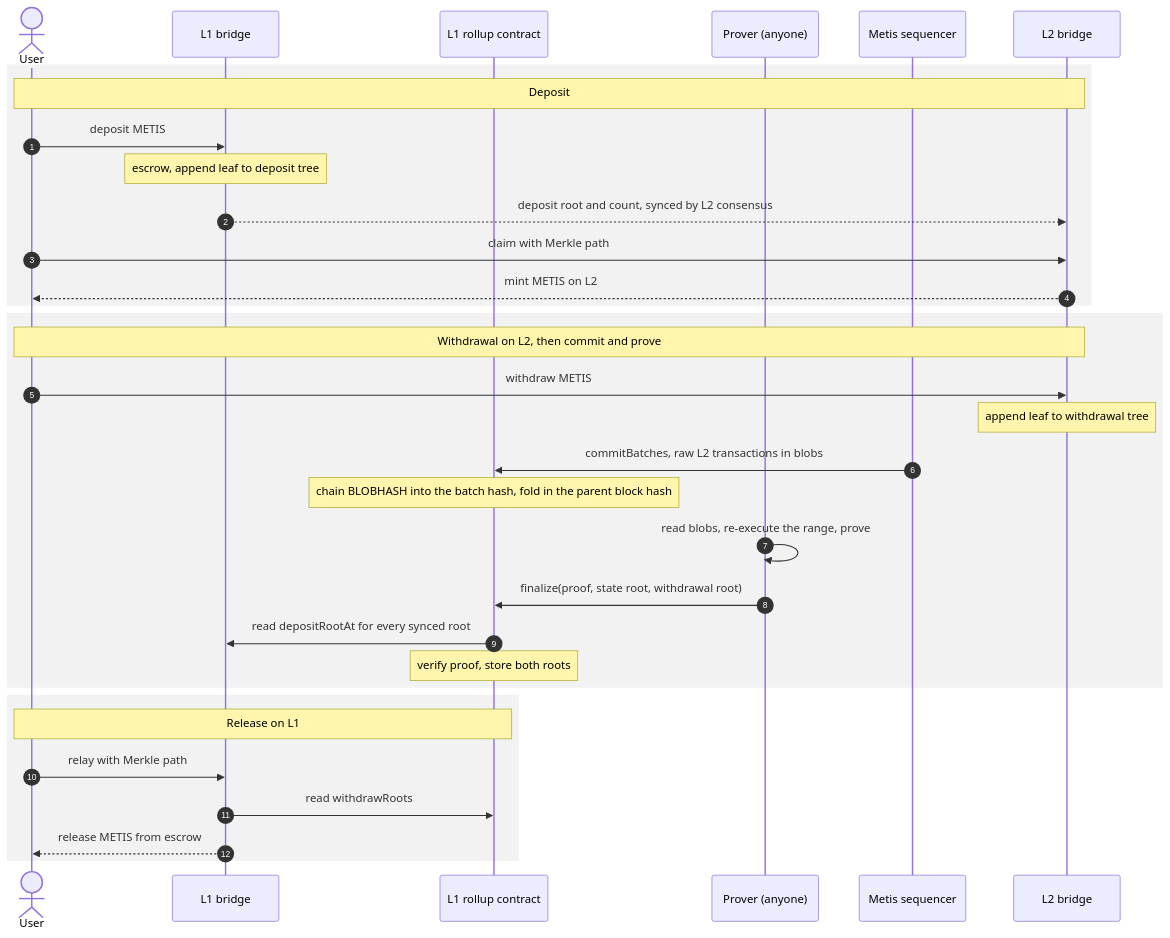
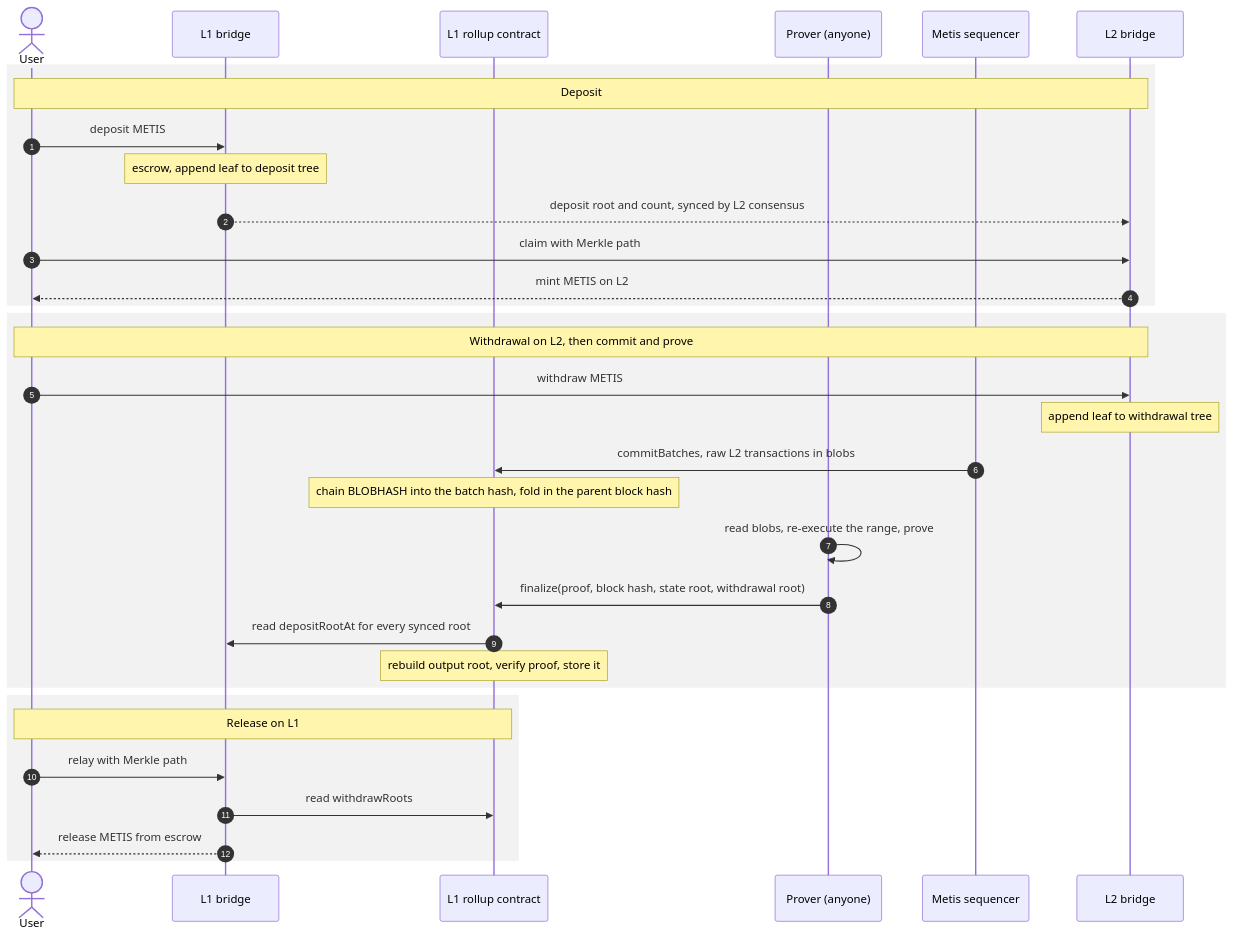
Before and after one commit to ProjectZKM/OPSuccinct: the diagram in docs/bridge.md, drawn with Mermaid. The commit also changed other lines of this file, not shown here.

First line of the commit message:
docs(bridge): anchor finalized state with an output root

````diff
--- a/docs/bridge.md
+++ b/docs/bridge.md
@@ -20,38 +21,38 @@
 ```mermaid
 sequenceDiagram
     autonumber
     actor U as User
     participant B1 as L1 bridge
     participant R as L1 rollup contract
     participant P as Prover (anyone)
     participant S as Metis sequencer
     participant B2 as L2 bridge
 
     rect rgba(127, 127, 127, 0.1)
     Note over U,B2: Deposit
     U->>B1: deposit METIS
     Note over B1: escrow, append leaf to deposit tree
     B1-->>B2: deposit root and count, synced by L2 consensus
     U->>B2: claim with Merkle path
     B2-->>U: mint METIS on L2
     end
 
     rect rgba(127, 127, 127, 0.1)
     Note over U,B2: Withdrawal on L2, then commit and prove
     U->>B2: withdraw METIS
     Note over B2: append leaf to withdrawal tree
     S->>R: commitBatches, raw L2 transactions in blobs
     Note over R: chain BLOBHASH into the batch hash, fold in the parent block hash
     P->>P: read blobs, re-execute the range, prove
-    P->>R: finalize(proof, state root, withdrawal root)
+    P->>R: finalize(proof, block hash, state root, withdrawal root)
     R->>B1: read depositRootAt for every synced root
-    Note over R: verify proof, store both roots
+    Note over R: rebuild output root, verify proof, store it
     end
 
     rect rgba(127, 127, 127, 0.1)
     Note over U,R: Release on L1
     U->>B1: relay with Merkle path
     B1->>R: read withdrawRoots
     B1-->>U: release METIS from escrow
     end
 ```
````
